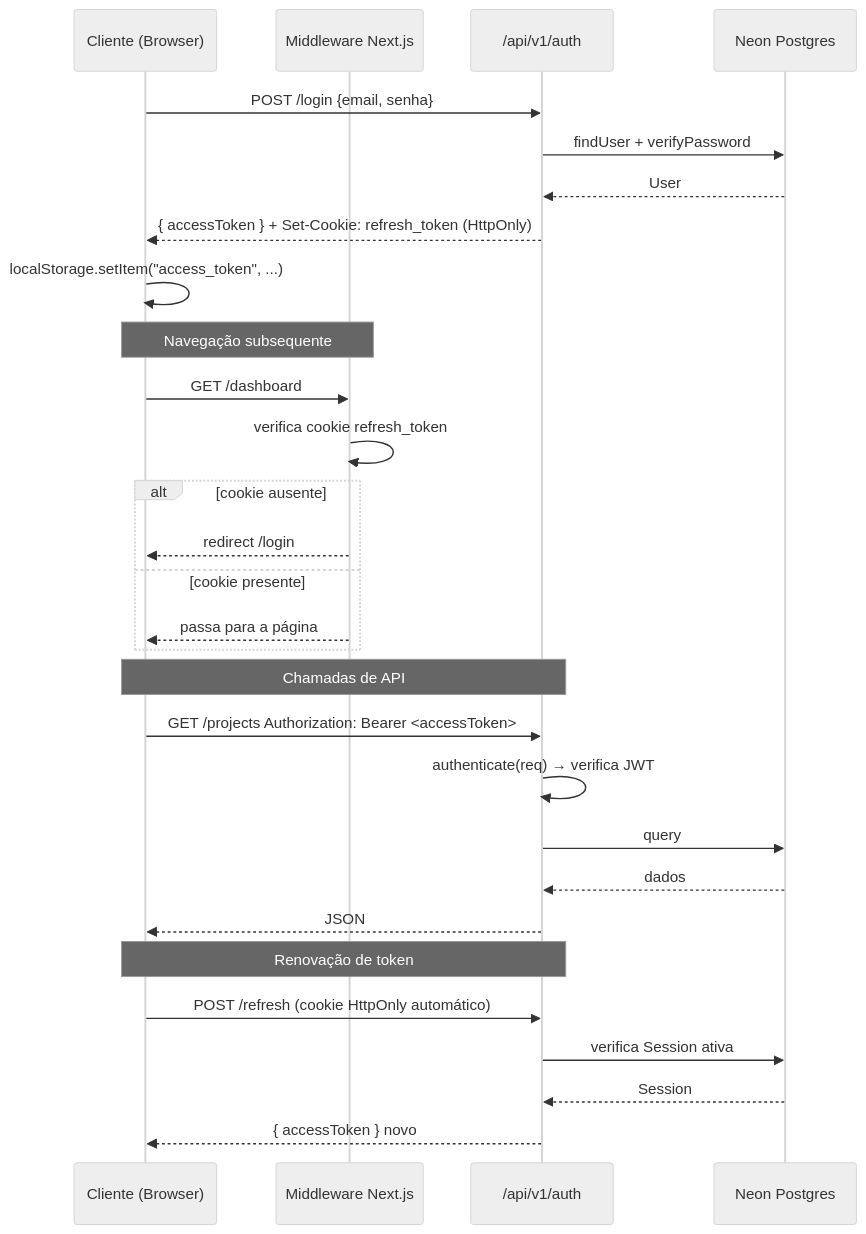
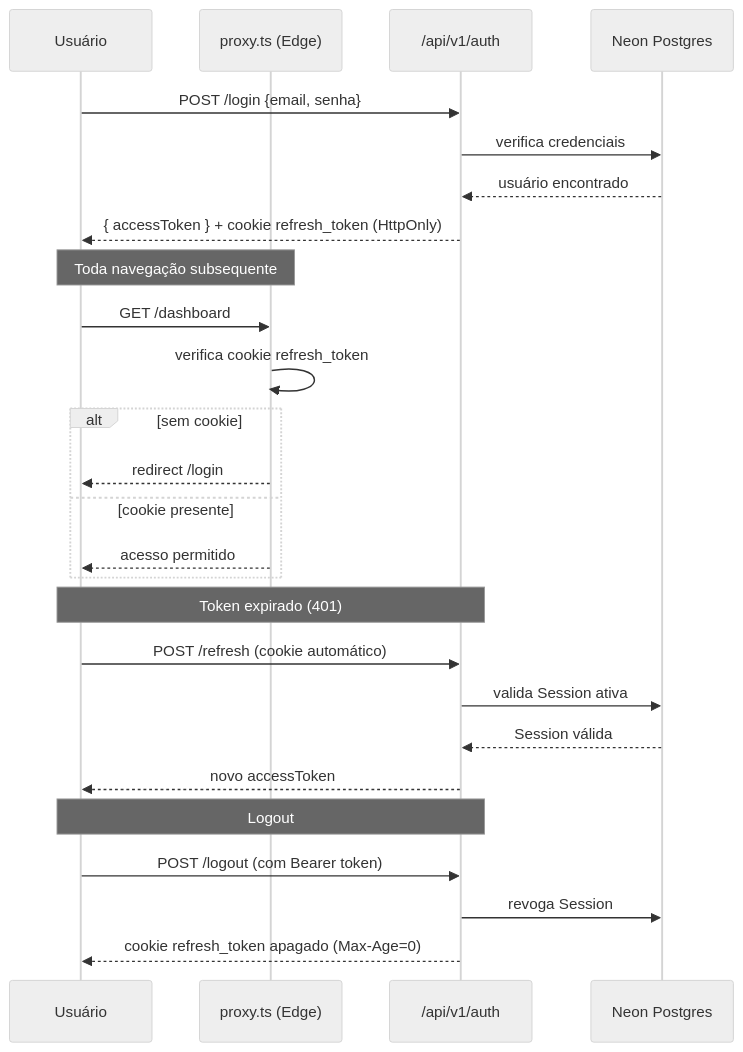
Before and after one commit to natanoliveira/gestao_campanha: the diagram in README.md, drawn with Mermaid (neutral theme). The commit also changed other lines of this file, not shown here.

First line of the commit message:
docs: reescrever README com fluxos, stack atual e módulos implementados

````diff
--- a/README.md
+++ b/README.md
@@ -62,35 +58,32 @@
 ```mermaid
 sequenceDiagram
-    participant C as Cliente (Browser)
-    participant MW as Middleware Next.js
+    participant U as Usuário
+    participant P as proxy.ts (Edge)
     participant API as /api/v1/auth
     participant DB as Neon Postgres
 
-    C->>API: POST /login {email, senha}
-    API->>DB: findUser + verifyPassword
-    DB-->>API: User
-    API-->>C: { accessToken } + Set-Cookie: refresh_token (HttpOnly)
-    C->>C: localStorage.setItem("access_token", ...)
+    U->>API: POST /login {email, senha}
+    API->>DB: verifica credenciais
+    DB-->>API: usuário encontrado
+    API-->>U: { accessToken } + cookie refresh_token (HttpOnly)
 
-    Note over C,MW: Navegação subsequente
-    C->>MW: GET /dashboard
-    MW->>MW: verifica cookie refresh_token
-    alt cookie ausente
-        MW-->>C: redirect /login
+    Note over U,P: Toda navegação subsequente
+    U->>P: GET /dashboard
+    P->>P: verifica cookie refresh_token
+    alt sem cookie
+        P-->>U: redirect /login
     else cookie presente
-        MW-->>C: passa para a página
+        P-->>U: acesso permitido
     end
 
-    Note over C,API: Chamadas de API
-    C->>API: GET /projects Authorization: Bearer <accessToken>
-    API->>API: authenticate(req) → verifica JWT
-    API->>DB: query
-    DB-->>API: dados
-    API-->>C: JSON
+    Note over U,API: Token expirado (401)
+    U->>API: POST /refresh (cookie automático)
+    API->>DB: valida Session ativa
+    DB-->>API: Session válida
+    API-->>U: novo accessToken
 
-    Note over C,API: Renovação de token
-    C->>API: POST /refresh (cookie HttpOnly automático)
-    API->>DB: verifica Session ativa
-    DB-->>API: Session
-    API-->>C: { accessToken } novo
+    Note over U,API: Logout
+    U->>API: POST /logout (com Bearer token)
+    API->>DB: revoga Session
+    API-->>U: cookie refresh_token apagado (Max-Age=0)
 ```
````
